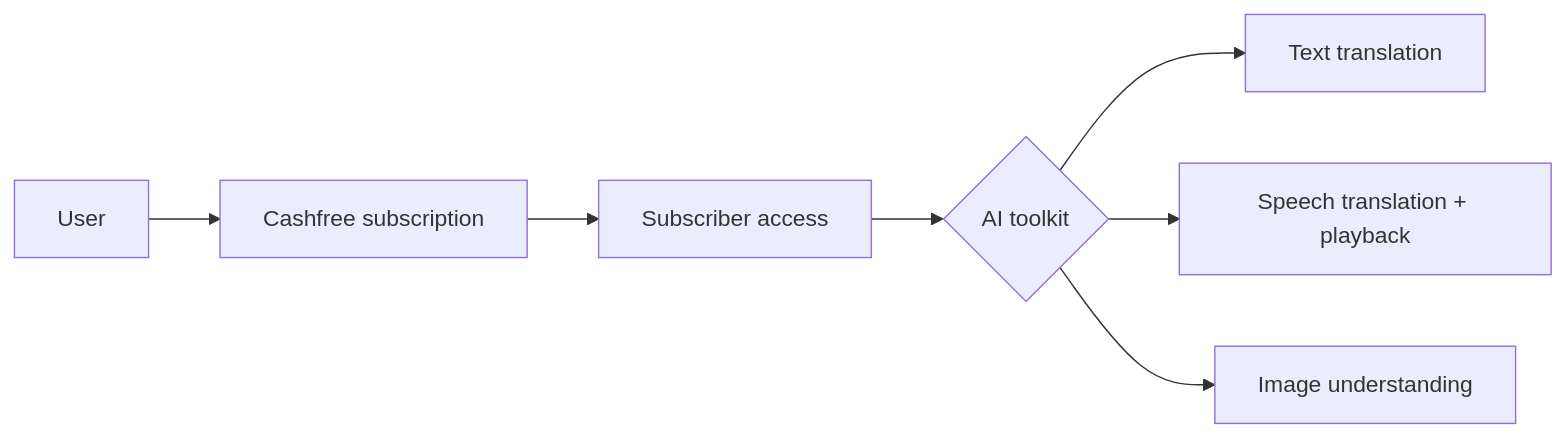
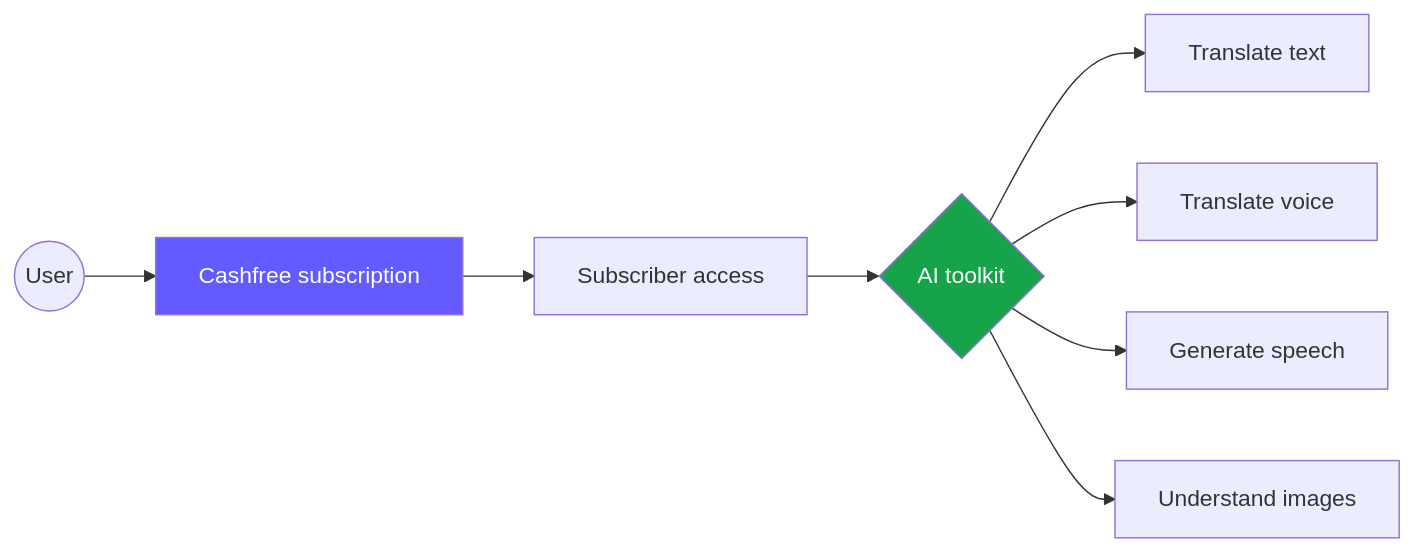
One commit to SidheshwarSarangal/cashfree-ai-new-final changed the first of 6 diagrams in README.md. Above: the diagram before and after it, drawn with Mermaid. The commit also changed other lines of this file, not shown here.

````diff
--- a/README.md
+++ b/README.md
@@ -18,9 +9,14 @@
 ```mermaid
 flowchart LR
-    User[User] --> Cashfree[Cashfree subscription]
-    Cashfree --> Access[Subscriber access]
+    User((User)) --> Pay[Cashfree subscription]
+    Pay --> Access[Subscriber access]
     Access --> AI{AI toolkit}
-    AI --> Text[Text translation]
-    AI --> Speech[Speech translation + playback]
-    AI --> Image[Image understanding]
+
+    AI --> Text[Translate text]
+    AI --> Voice[Translate voice]
+    AI --> Listen[Generate speech]
+    AI --> Image[Understand images]
+
+    style Pay fill:#635bff,color:#fff
+    style AI fill:#16a34a,color:#fff
 ```
````
